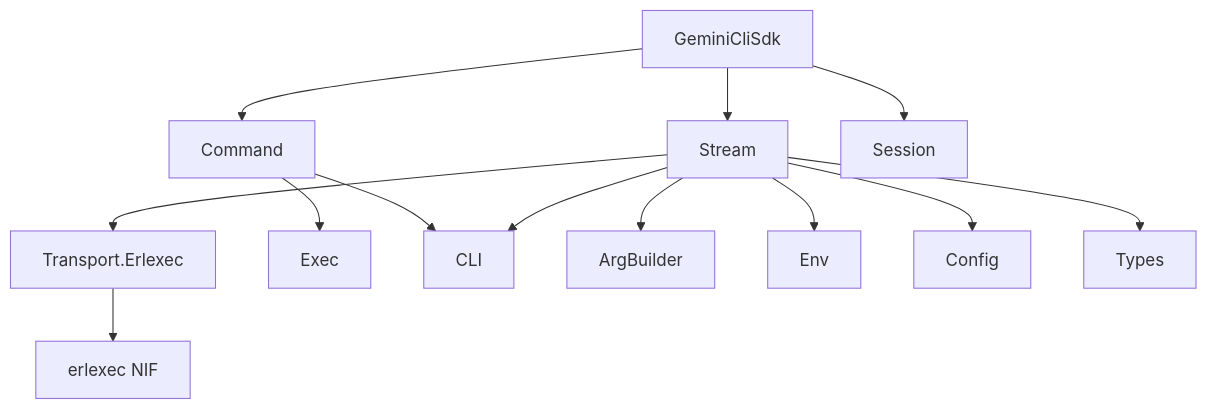
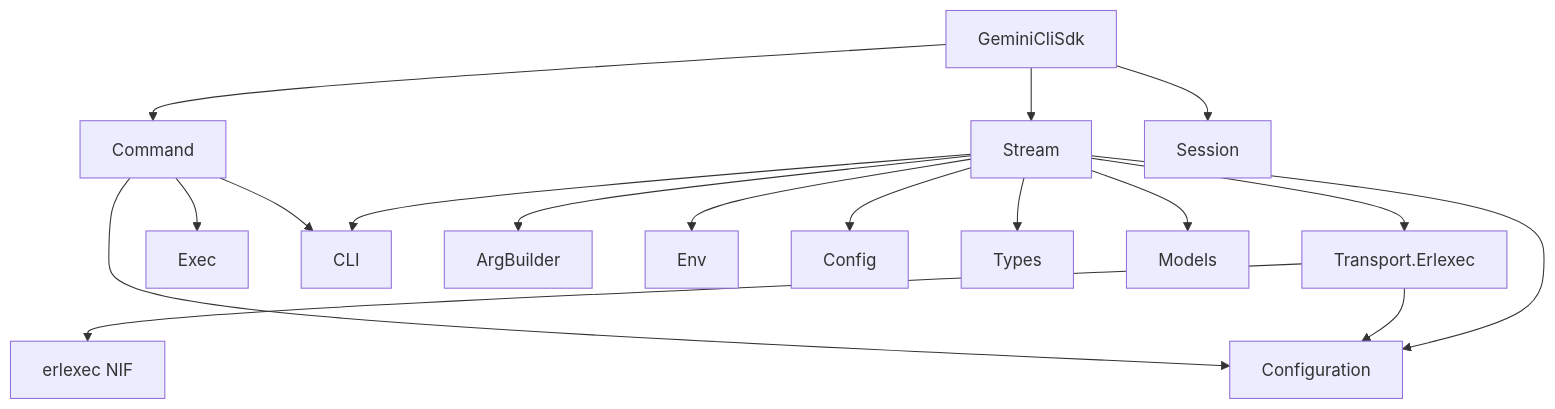
Before and after one commit to nshkrdotcom/gemini_cli_sdk: the diagram in guides/architecture.md, drawn with Mermaid. The commit also changed other lines of this file and 29 other files, not shown here.

````diff
--- a/guides/architecture.md
+++ b/guides/architecture.md
@@ -7,15 +7,19 @@
 ```mermaid
 graph TD
     A[GeminiCliSdk] --> B[Stream]
     A --> C[Command]
     A --> D[Session]
     B --> E[Transport.Erlexec]
     C --> F[Exec]
     B --> G[CLI]
     B --> H[ArgBuilder]
     B --> I[Env]
     B --> J[Config]
     B --> K[Types]
     C --> G
     E --> L[erlexec NIF]
+    B --> M[Configuration]
+    E --> M
+    C --> M
+    B --> N[Models]
 ```
````
